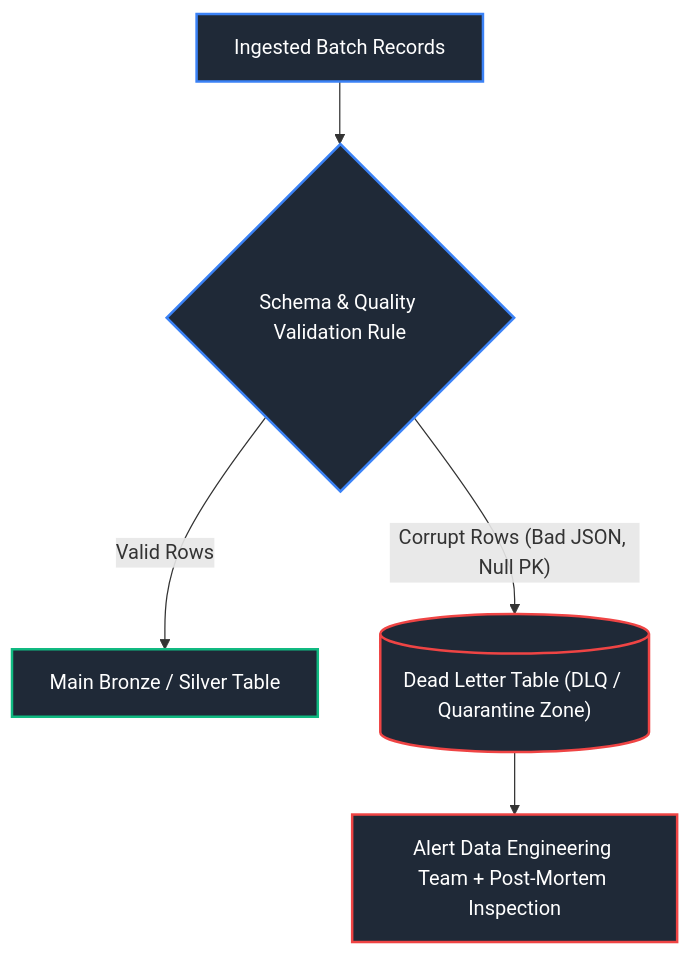
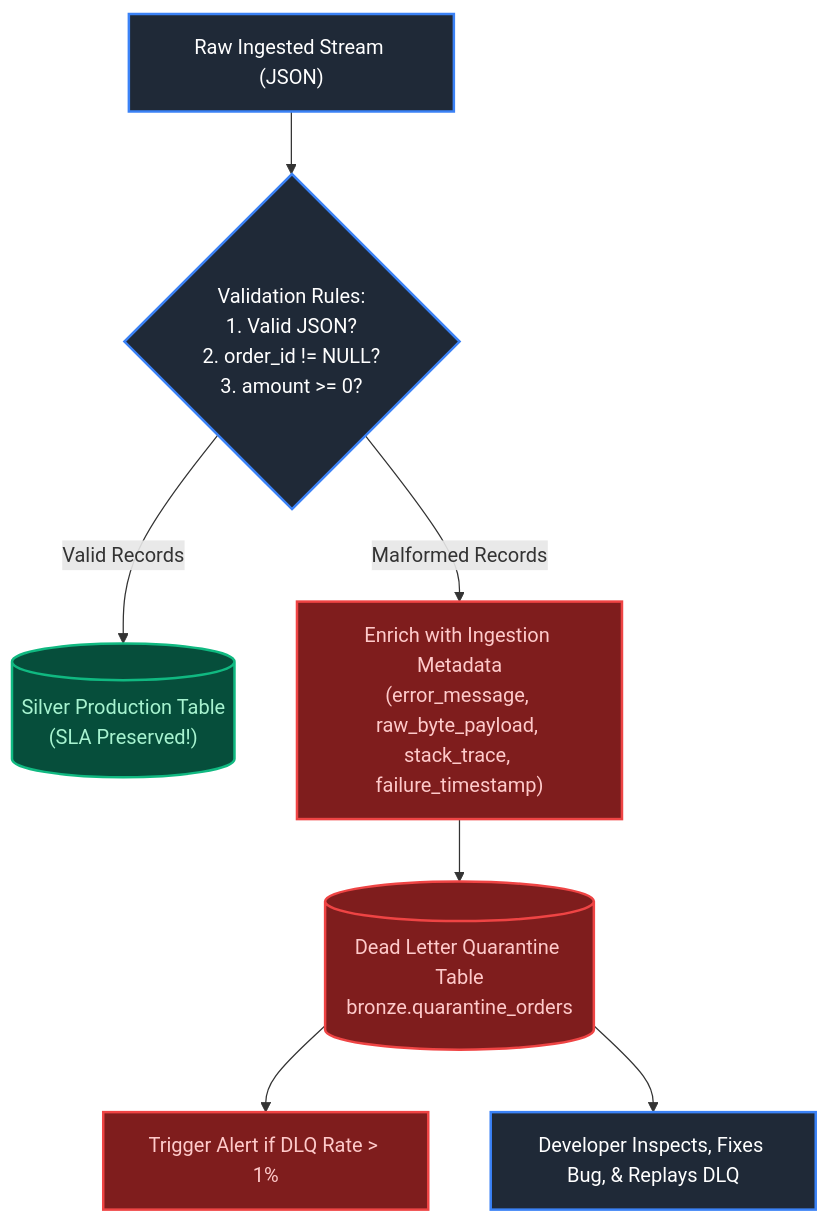
Diagram 14 of 24 in Data Engineering/10_data_pipeline_design_and_ingestion.md (joydeep-biswas/Interview-Preparation), drawn with Mermaid before and after one commit. The commit also changed other lines of this file and 143 other files, not shown here.

````diff
--- a/Data Engineering/10_data_pipeline_design_and_ingestion.md
+++ b/Data Engineering/10_data_pipeline_design_and_ingestion.md
@@ -369,13 +857,19 @@
 ```mermaid
 flowchart TD
-    IngestBatch["Ingested Batch Records"] --> Validator{"Schema & Quality Validation Rule"}
-    Validator -- Valid Rows --> Bronze["Main Bronze / Silver Table"]
-    Validator -- Corrupt Rows (Bad JSON, Null PK) --> DLQ[("Dead Letter Table (DLQ / Quarantine Zone)")]
-    DLQ --> Alert["Alert Data Engineering Team + Post-Mortem Inspection"]
+    RawStream["Raw Ingested Stream (JSON)"] --> Validate{"Validation Rules:<br/>1. Valid JSON?<br/>2. order_id != NULL?<br/>3. amount >= 0?"}
+    
+    Validate -- Valid Records --> SilverSink[("Silver Production Table<br/>(SLA Preserved!)")]
+    Validate -- Malformed Records --> QuarantineEnrich["Enrich with Ingestion Metadata<br/>(error_message, raw_byte_payload, stack_trace, failure_timestamp)"]
+    
+    QuarantineEnrich --> DLQTable[("Dead Letter Quarantine Table<br/>bronze.quarantine_orders")]
+    DLQTable --> PagerAlert["Trigger Alert if DLQ Rate > 1%"]
+    DLQTable --> Reprocessor["Developer Inspects, Fixes Bug, & Replays DLQ"]
 
-    style IngestBatch fill:#1f2937,stroke:#3b82f6,stroke-width:2px,color:#fff
-    style Validator fill:#1f2937,stroke:#3b82f6,stroke-width:2px,color:#fff
-    style Bronze fill:#1f2937,stroke:#10b981,stroke-width:2px,color:#fff
-    style DLQ fill:#1f2937,stroke:#ef4444,stroke-width:2px,color:#fff
-    style Alert fill:#1f2937,stroke:#ef4444,stroke-width:2px,color:#fff
+    style RawStream fill:#1f2937,stroke:#3b82f6,stroke-width:2px,color:#fff
+    style Validate fill:#1f2937,stroke:#3b82f6,stroke-width:2px,color:#fff
+    style SilverSink fill:#064e3b,stroke:#10b981,stroke-width:2px,color:#a7f3d0
+    style QuarantineEnrich fill:#7f1d1d,stroke:#ef4444,stroke-width:2px,color:#fecaca
+    style DLQTable fill:#7f1d1d,stroke:#ef4444,stroke-width:2px,color:#fecaca
+    style PagerAlert fill:#7f1d1d,stroke:#ef4444,stroke-width:2px,color:#fecaca
+    style Reprocessor fill:#1f2937,stroke:#3b82f6,stroke-width:2px,color:#fff
 ```
````
